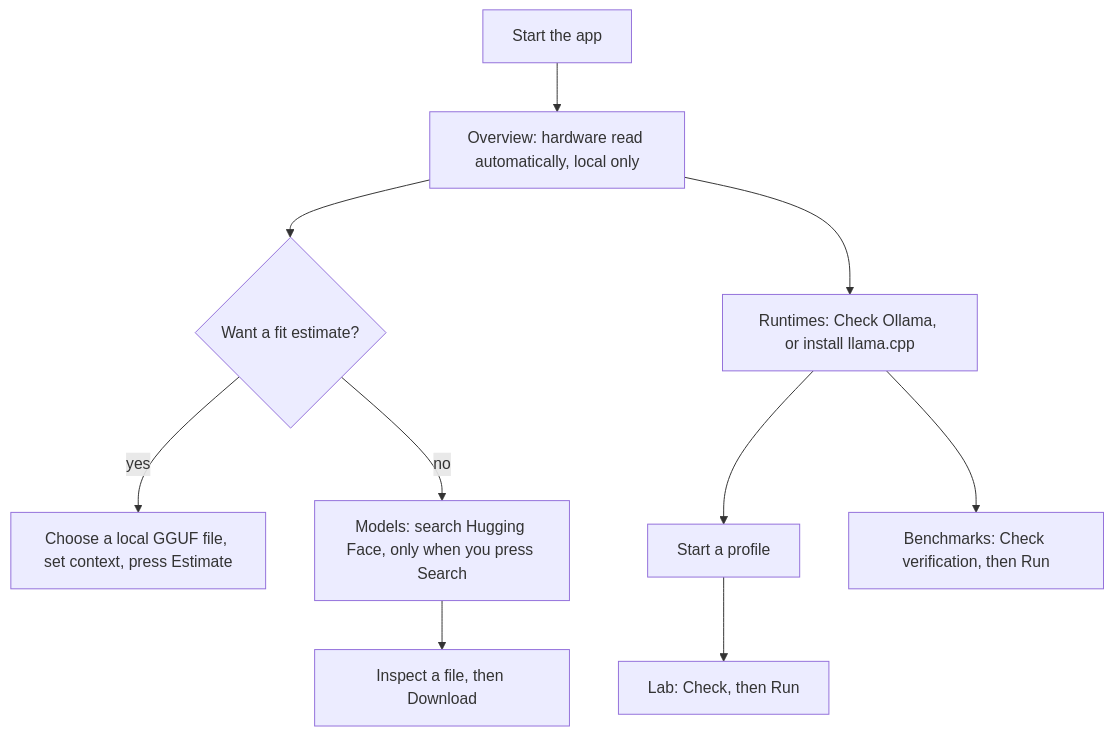
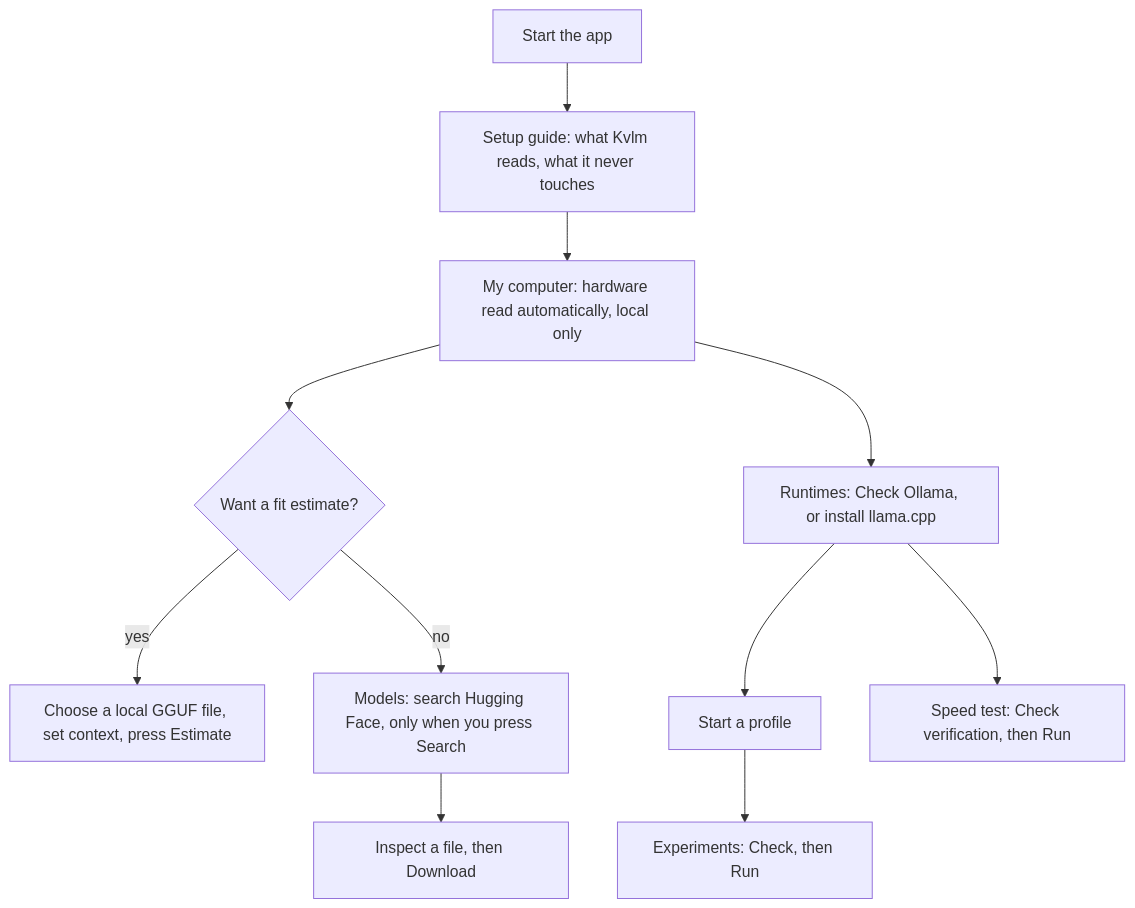
The diagram in docs/02-architecture/ui-wireframes.md (dexterhere/kvlm), drawn with Mermaid before and after one commit. The commit also changed other lines of this file and 1 other file, not shown here.

````diff
--- a/docs/02-architecture/ui-wireframes.md
+++ b/docs/02-architecture/ui-wireframes.md
@@ -32,12 +33,13 @@
 ```mermaid
 flowchart TD
-    A[Start the app] --> B[Overview: hardware read automatically, local only]
+    A[Start the app] --> S[Setup guide: what Kvlm reads, what it never touches]
+    S --> B[My computer: hardware read automatically, local only]
     B --> C{Want a fit estimate?}
     C -->|yes| D[Choose a local GGUF file, set context, press Estimate]
     C -->|no| E[Models: search Hugging Face, only when you press Search]
     E --> F[Inspect a file, then Download]
     B --> G[Runtimes: Check Ollama, or install llama.cpp]
     G --> H[Start a profile]
-    H --> I[Lab: Check, then Run]
-    G --> J[Benchmarks: Check verification, then Run]
+    H --> I[Experiments: Check, then Run]
+    G --> J[Speed test: Check verification, then Run]
 ```
````
